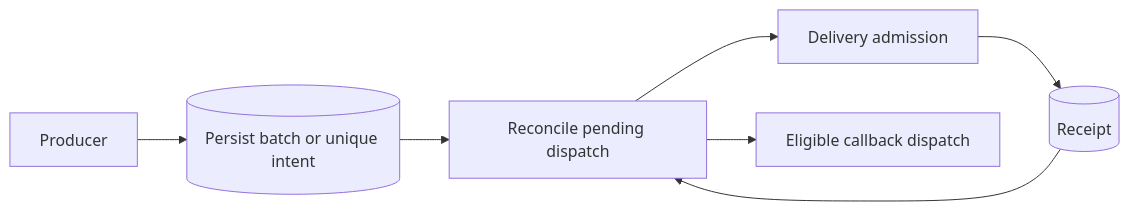
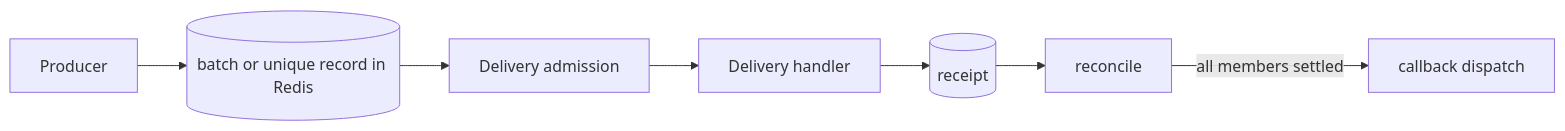
Before and after one commit to azutoolkit/joobq: the diagram in docs/explanation/distributed-coordination.md, drawn with Mermaid. The commit also changed other lines of this file and 38 other files, not shown here.

````diff
--- a/docs/explanation/distributed-coordination.md
+++ b/docs/explanation/distributed-coordination.md
@@ -17,9 +19,9 @@
 ```mermaid
 flowchart LR
-  Producer[Producer] --> Intent[(Persist batch or unique intent)]
-  Intent --> Reconcile[Reconcile pending dispatch]
-  Reconcile --> Delivery[Delivery admission]
-  Delivery --> Receipt[(Receipt)]
-  Receipt --> Reconcile
-  Reconcile --> Callback[Eligible callback dispatch]
+  Producer --> Intent[(batch or unique record in Redis)]
+  Intent --> Admit[Delivery admission]
+  Admit --> Run[Delivery handler]
+  Run --> Receipt[(receipt)]
+  Receipt --> Reconcile[reconcile]
+  Reconcile -->|all members settled| Callback[callback dispatch]
 ```
````
